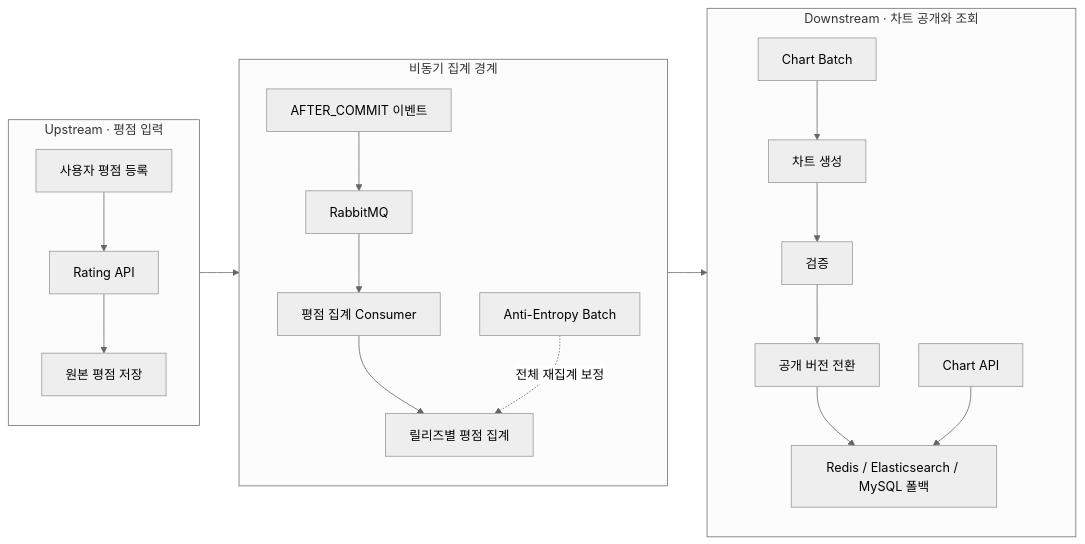
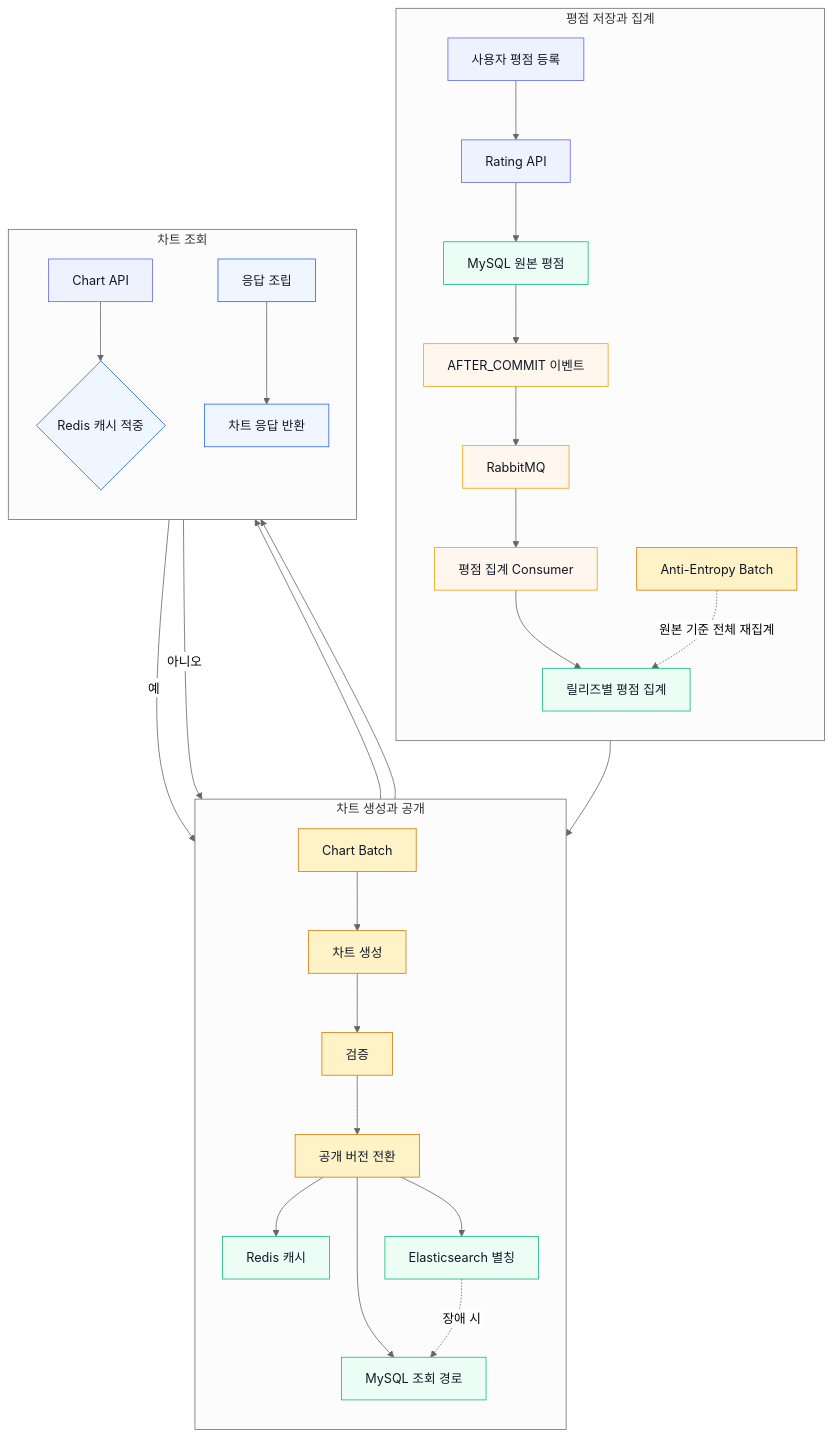
The first of 2 diagrams in README.md (joohyeongzz81/hipster), drawn with Mermaid (neutral theme) before and after one commit. The commit also changed other lines of this file, not shown here.

````diff
--- a/README.md
+++ b/README.md
@@ -20,36 +20,47 @@
 ```mermaid
-flowchart LR
-    subgraph Upstream[Upstream · 평점 입력]
-        direction TB
-        A[사용자 평점 등록]
-        B[Rating API]
-        C[원본 평점 저장]
-        A --> B --> C
+flowchart TD
+    subgraph RatingFlow["평점 저장과 집계"]
+        direction TD
+        A[사용자 평점 등록] --> B[Rating API]
+        B --> C[MySQL 원본 평점]
+        C --> D[AFTER_COMMIT 이벤트]
+        D --> E[RabbitMQ]
+        E --> F[평점 집계 Consumer]
+        F --> G[릴리즈별 평점 집계]
+        H[Anti-Entropy Batch] -. 원본 기준 전체 재집계 .-> G
     end
 
-    subgraph Bridge[비동기 집계 경계]
-        direction TB
-        D[AFTER_COMMIT 이벤트]
-        E[RabbitMQ]
-        F[평점 집계 Consumer]
-        G[릴리즈별 평점 집계]
-        H[Anti-Entropy Batch]
-        D --> E --> F --> G
-        H -. 전체 재집계 보정 .-> G
+    subgraph PublishFlow["차트 생성과 공개"]
+        direction TD
+        G --> I[Chart Batch]
+        I --> J[차트 생성]
+        J --> K[검증]
+        K --> L[공개 버전 전환]
+        L --> M[Redis 캐시]
+        L --> N[Elasticsearch 별칭]
+        L --> O[MySQL 조회 경로]
     end
 
-    subgraph Downstream[Downstream · 차트 공개와 조회]
-        direction TB
-        I[Chart Batch]
-        J[차트 생성]
-        K[검증]
-        L[공개 버전 전환]
-        M[Redis / Elasticsearch / MySQL 폴백]
-        N[Chart API]
-        I --> J --> K --> L --> M
-        N --> M
+    subgraph ReadFlow["차트 조회"]
+        direction TD
+        P[Chart API] --> Q{Redis 캐시 적중}
+        Q -->|예| M
+        Q -->|아니오| N
+        N --> R[응답 조립]
+        N -. 장애 시 .-> O
+        O --> R
+        R --> S[차트 응답 반환]
     end
 
-    C --> D
-    G --> I
+    classDef api fill:#eef2ff,stroke:#6366f1,color:#111827;
+    classDef store fill:#ecfdf5,stroke:#10b981,color:#111827;
+    classDef async fill:#fff7ed,stroke:#f59e0b,color:#111827;
+    classDef batch fill:#fef3c7,stroke:#d97706,color:#111827;
+    classDef query fill:#eff6ff,stroke:#2563eb,color:#111827;
+
+    class A,B,P api;
+    class C,G,M,N,O store;
+    class D,E,F async;
+    class H,I,J,K,L batch;
+    class Q,R,S query;
 ```
````
